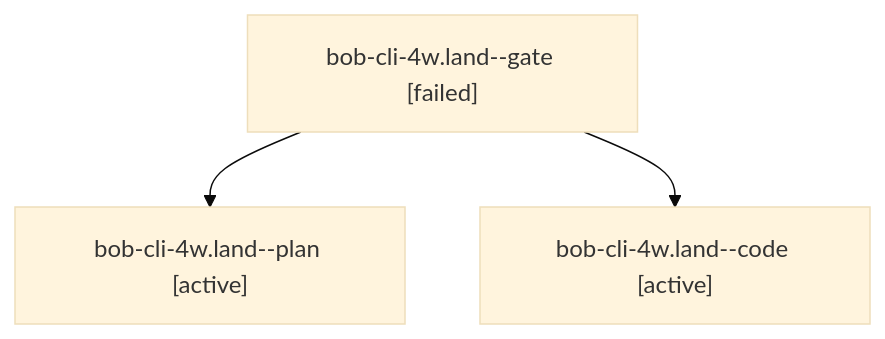
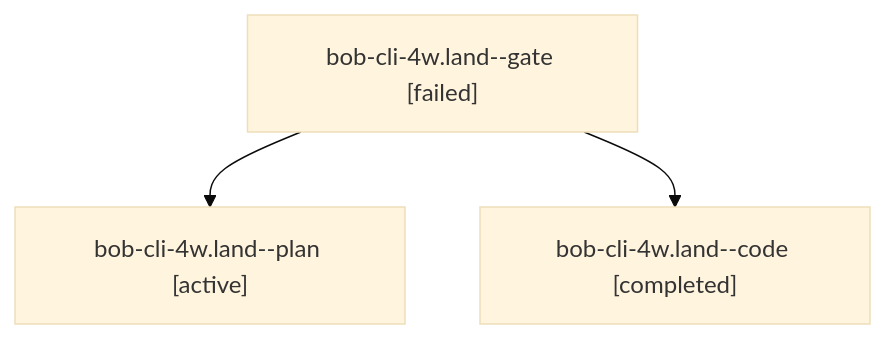
One commit to bobs-org/bob-cli--agents changed the diagram in sessions/bbugyi200.athena.bob-cli-4w.land.md. Above: the diagram before and after it, drawn with Mermaid (base theme). The commit also changed other lines of this file and 40 other files, not shown here.

````diff
--- a/sessions/bbugyi200.athena.bob-cli-4w.land.md
+++ b/sessions/bbugyi200.athena.bob-cli-4w.land.md
@@ -9,8 +9,8 @@
 ```mermaid
 flowchart TD
   n0["bob-cli-4w.land--gate [failed]"]
   n1["bob-cli-4w.land--plan [active]"]
   n0 --> n1
-  n2["bob-cli-4w.land--code [active]"]
+  n2["bob-cli-4w.land--code [completed]"]
   n0 --> n2
 ```
````
